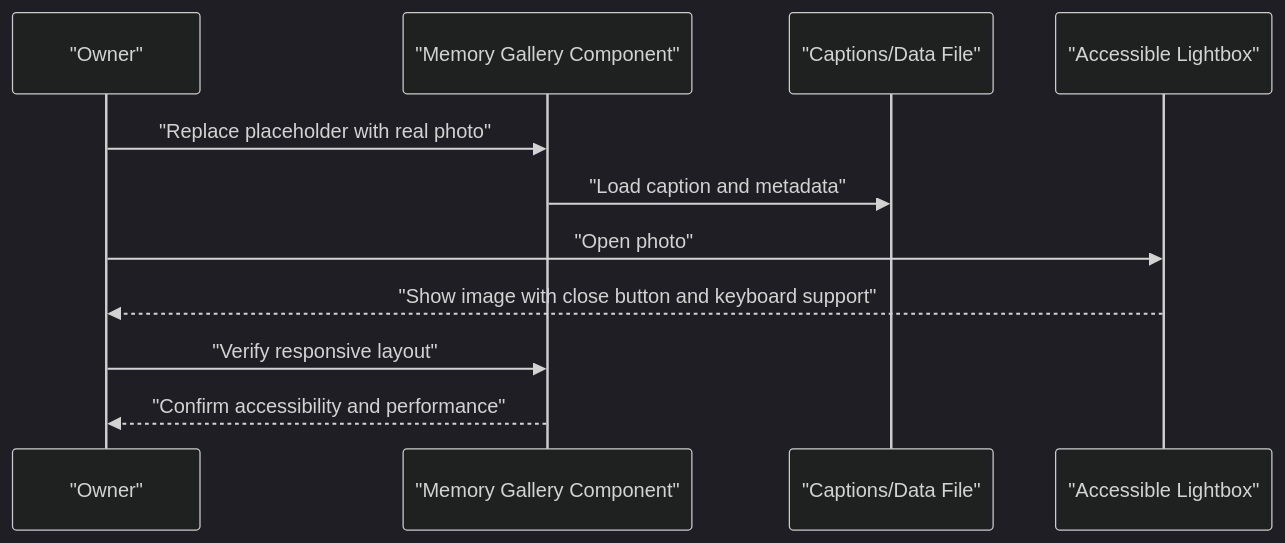
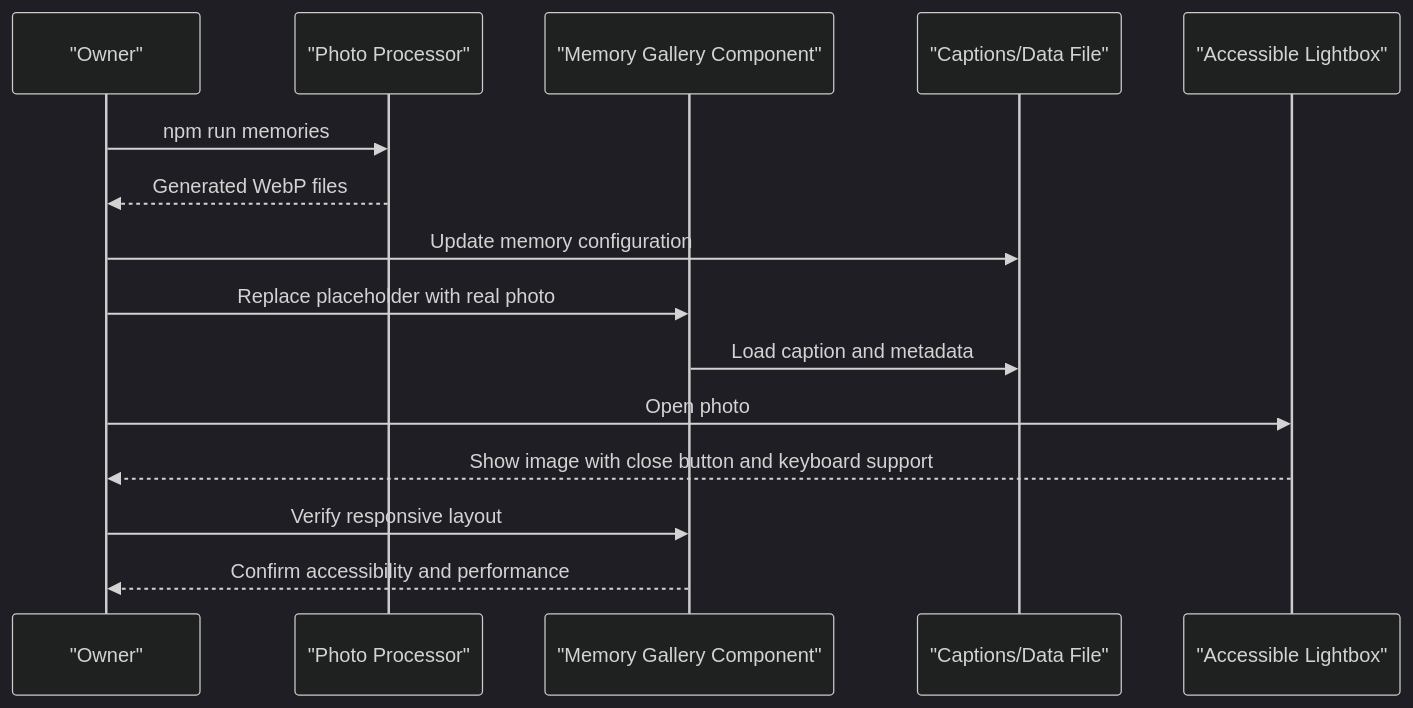
The fifth of 8 diagrams in .qoder/repowiki/en/content/Asset Management and References.md (quangkiet1/anh-xin-loi), drawn with Mermaid (dark theme) before and after one commit. The commit also changed other lines of this file and 13 other files, not shown here.

````diff
--- a/.qoder/repowiki/en/content/Asset Management and References.md
+++ b/.qoder/repowiki/en/content/Asset Management and References.md
@@ -151,13 +219,17 @@
 ```mermaid
 sequenceDiagram
 participant Owner as "Owner"
+participant Script as "Photo Processor"
 participant Gallery as "Memory Gallery Component"
 participant Data as "Captions/Data File"
 participant Lightbox as "Accessible Lightbox"
-Owner->>Gallery : "Replace placeholder with real photo"
-Gallery->>Data : "Load caption and metadata"
-Owner->>Lightbox : "Open photo"
-Lightbox-->>Owner : "Show image with close button and keyboard support"
-Owner->>Gallery : "Verify responsive layout"
-Gallery-->>Owner : "Confirm accessibility and performance"
+Owner->>Script : npm run memories
+Script-->>Owner : Generated WebP files
+Owner->>Data : Update memory configuration
+Owner->>Gallery : Replace placeholder with real photo
+Gallery->>Data : Load caption and metadata
+Owner->>Lightbox : Open photo
+Lightbox-->>Owner : Show image with close button and keyboard support
+Owner->>Gallery : Verify responsive layout
+Gallery-->>Owner : Confirm accessibility and performance
 ```
````
